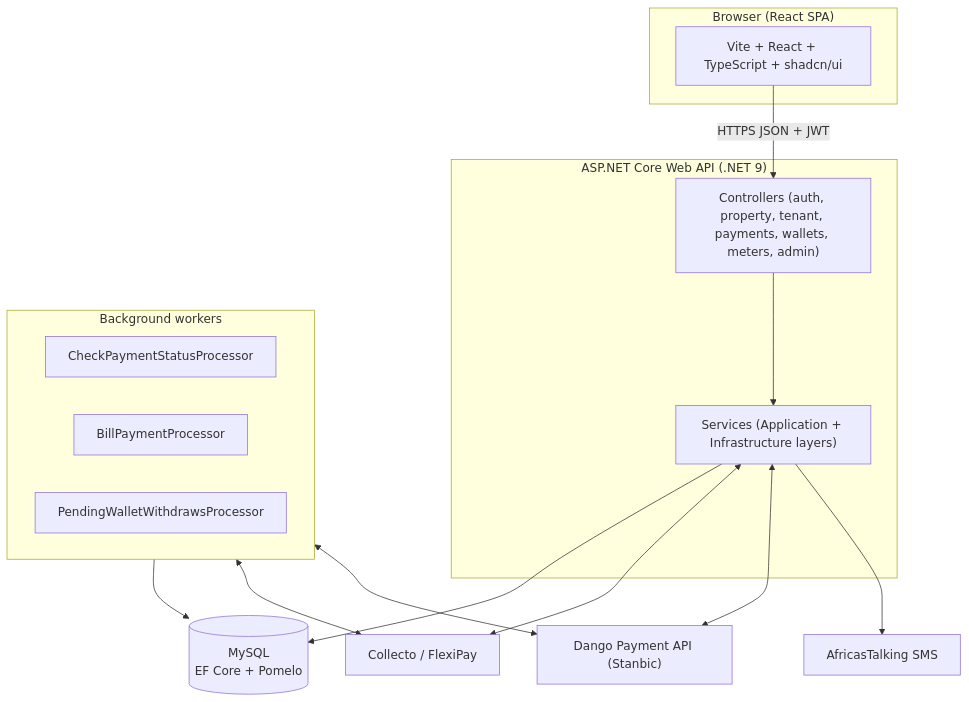
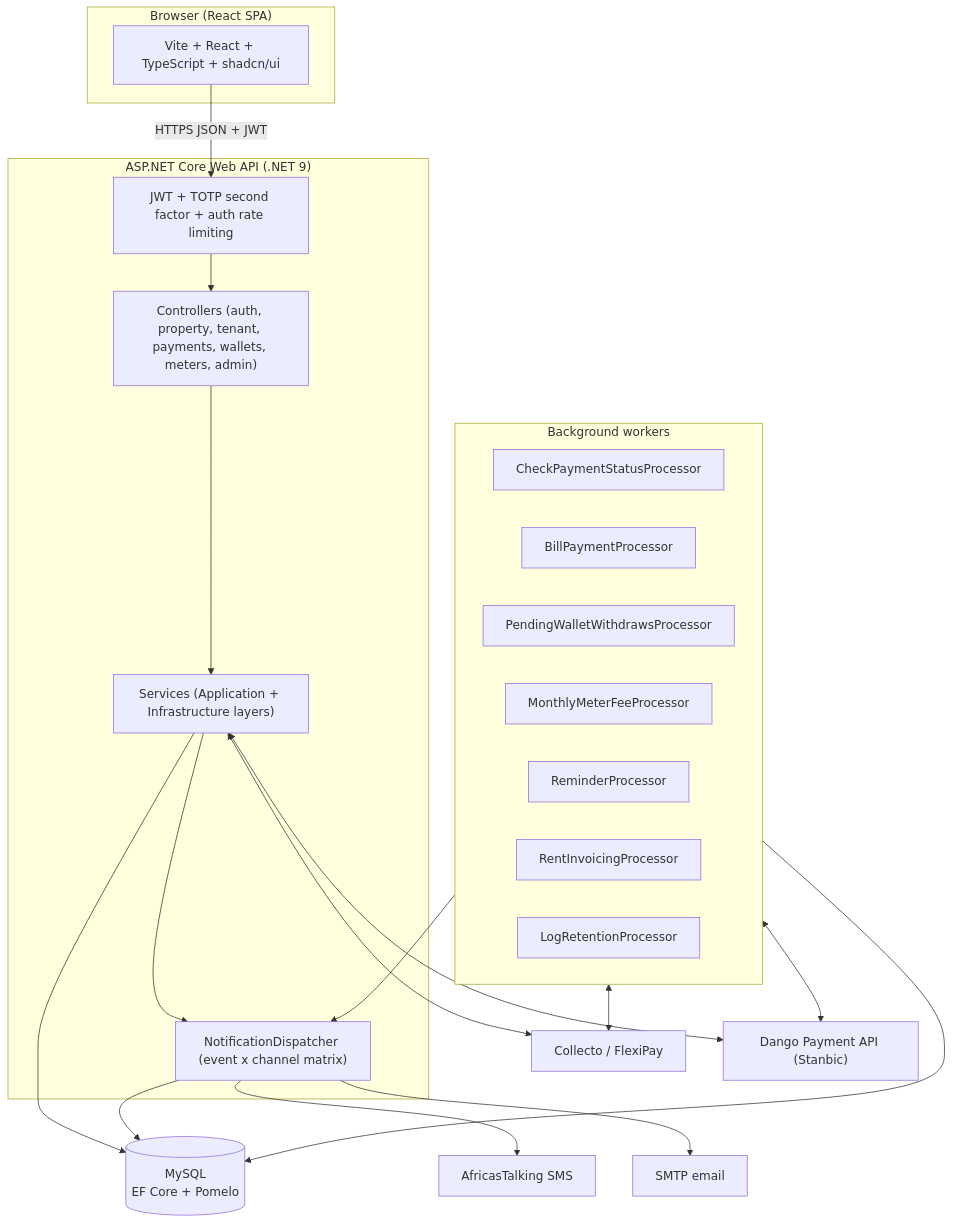
One commit to DANGOTECH-CONCEPTS-LIMITED/rentalmanagement changed the first of 7 diagrams in Frontend/README.md. Above: the diagram before and after it, drawn with Mermaid. The commit also changed other lines of this file and 100 other files, not shown here.

````diff
--- a/Frontend/README.md
+++ b/Frontend/README.md
@@ -14,32 +14,44 @@
 ```mermaid
 flowchart TB
   subgraph Browser["Browser (React SPA)"]
     FE["Vite + React + TypeScript + shadcn/ui"]
   end
 
   subgraph API["ASP.NET Core Web API (.NET 9)"]
     CTRL["Controllers (auth, property, tenant, payments, wallets, meters, admin)"]
     SVC["Services (Application + Infrastructure layers)"]
+    AUTH["JWT + TOTP second factor + auth rate limiting"]
+    NOTIF["NotificationDispatcher (event x channel matrix)"]
   end
 
   subgraph BG["Background workers"]
     W1["CheckPaymentStatusProcessor"]
     W2["BillPaymentProcessor"]
     W3["PendingWalletWithdrawsProcessor"]
+    W4["MonthlyMeterFeeProcessor"]
+    W5["ReminderProcessor"]
+    W6["RentInvoicingProcessor"]
+    W7["LogRetentionProcessor"]
   end
 
   DB[("MySQL<br/>EF Core + Pomelo")]
   COLLECTO["Collecto / FlexiPay"]
   DANGO["Dango Payment API (Stanbic)"]
   SMS["AfricasTalking SMS"]
+  SMTP["SMTP email"]
 
-  FE -->|"HTTPS JSON + JWT"| CTRL
+  FE -->|"HTTPS JSON + JWT"| AUTH
+  AUTH --> CTRL
   CTRL --> SVC
   SVC --> DB
+  SVC --> NOTIF
   SVC <--> COLLECTO
   SVC <--> DANGO
   BG --> DB
+  BG --> NOTIF
   BG <--> COLLECTO
   BG <--> DANGO
-  SVC --> SMS
+  NOTIF --> SMS
+  NOTIF --> SMTP
+  NOTIF --> DB
 ```
````
